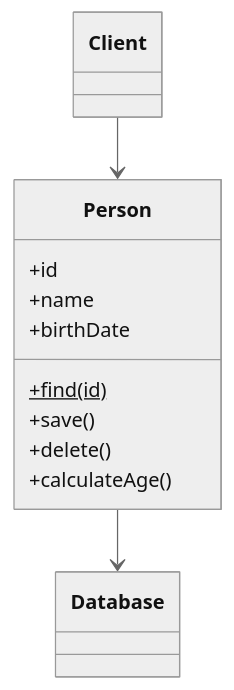
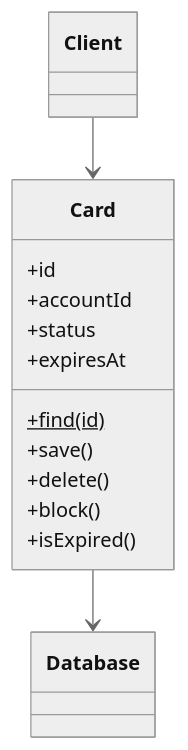
The diagram in docs/design/poeaa/data-source-architectural/active-record.md (alancesar/design-patterns), drawn with Mermaid (neutral theme) before and after one commit. The commit also changed other lines of this file and 95 other files, not shown here.

First line of the commit message:
Switch PoEAA examples and diagrams to fintech scenarios

````diff
--- a/docs/design/poeaa/data-source-architectural/active-record.md
+++ b/docs/design/poeaa/data-source-architectural/active-record.md
@@ -54,16 +54,18 @@
 ```mermaid
 classDiagram
     class Client
-    class Person {
+    class Card {
         +id
-        +name
-        +birthDate
+        +accountId
+        +status
+        +expiresAt
         +find(id)$
         +save()
         +delete()
-        +calculateAge()
+        +block()
+        +isExpired()
     }
     class Database
-    Client --> Person
-    Person --> Database
+    Client --> Card
+    Card --> Database
 ```
````
